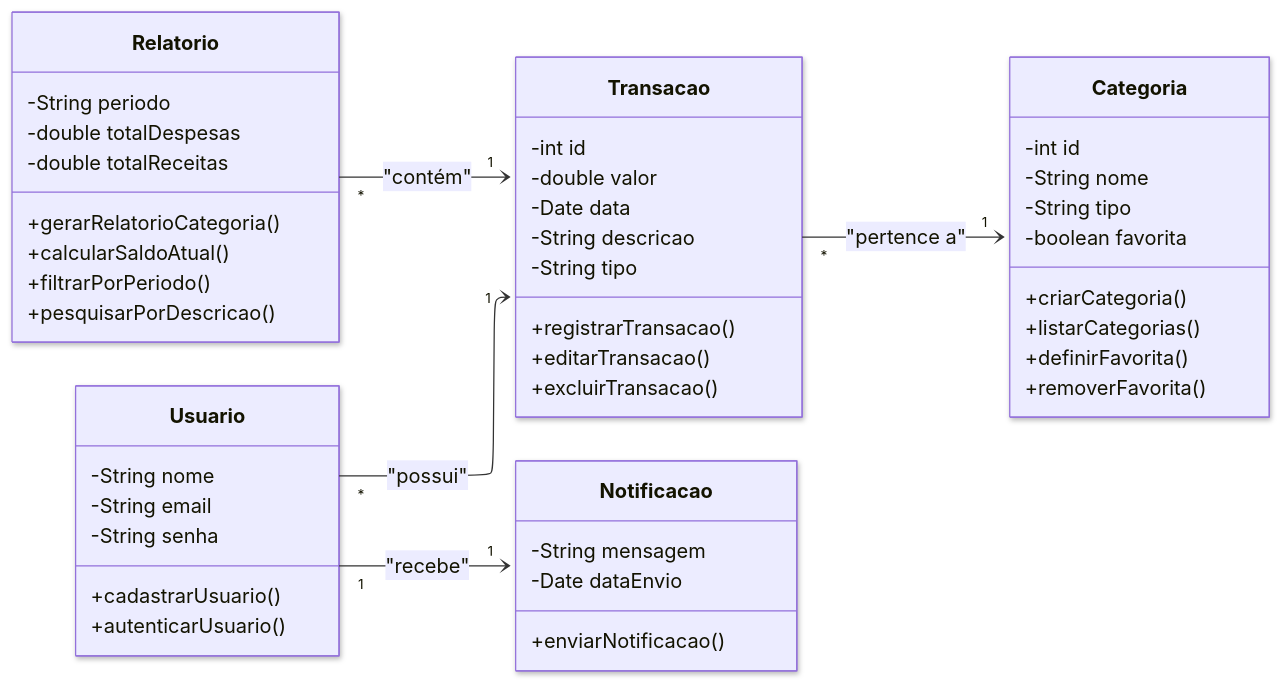
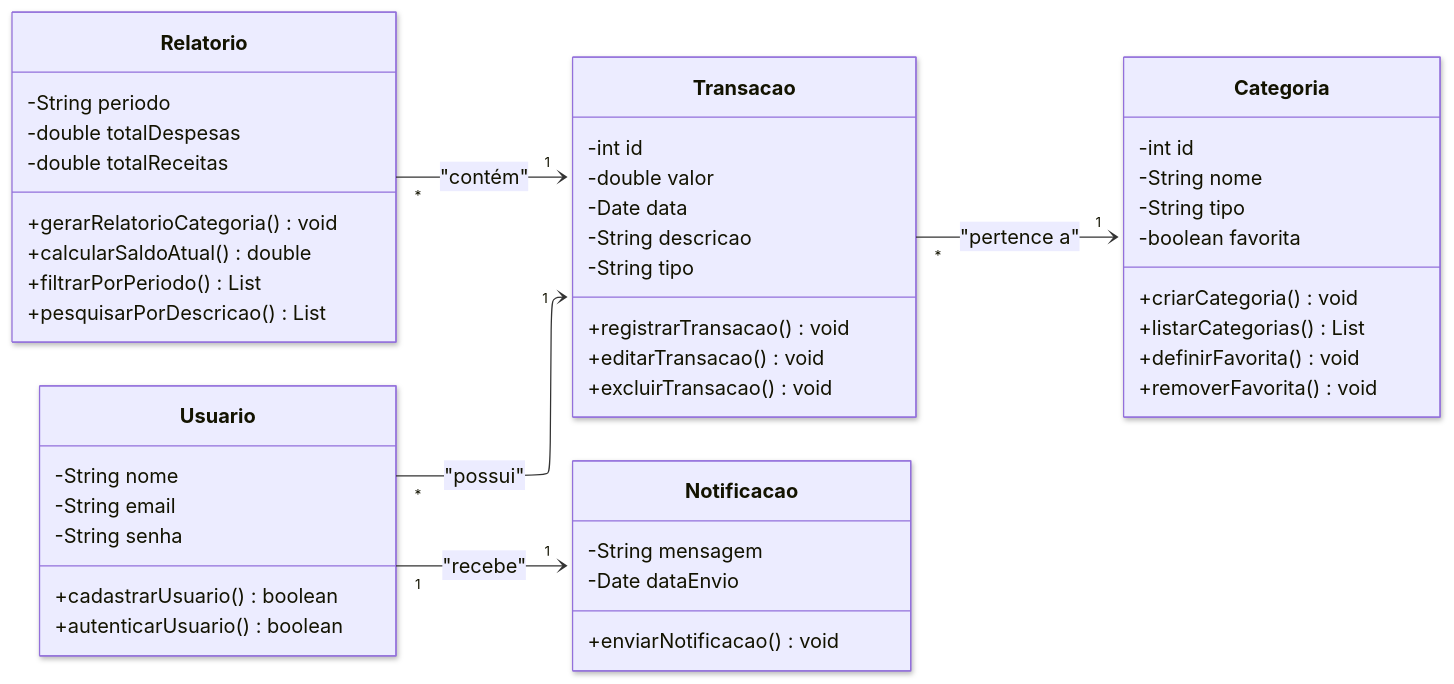
Before and after one commit to jvgfons/FinanceFlow-PDSI-IFSP: the diagram in src/classes.mmd, drawn with Mermaid. The commit also changed 6 other files, not shown here.

```diff
--- a/src/classes.mmd
+++ b/src/classes.mmd
@@ -1,56 +1,58 @@
 ---
 config:
   layout: elk
   look: neo
-  
 ---
 classDiagram
 direction LR
+
     class Relatorio {
         -String periodo
         -double totalDespesas
         -double totalReceitas
-        +gerarRelatorioCategoria()
-        +calcularSaldoAtual()
-        +filtrarPorPeriodo()
-        +pesquisarPorDescricao()
+        +gerarRelatorioCategoria()void
+        +calcularSaldoAtual()double
+        +filtrarPorPeriodo()List<Transacao>
+        +pesquisarPorDescricao()List<Transacao>
     }
+
     class Usuario {
-	    -String nome
-	    -String email
-	    -String senha
-	    +cadastrarUsuario()
-	    +autenticarUsuario()
+        -String nome
+        -String email
+        -String senha
+        +cadastrarUsuario()boolean
+        +autenticarUsuario()boolean
     }
+
     class Transacao {
-	    -int id
-	    -double valor
-	    -Date data
-	    -String descricao
-	    -String tipo
-	    +registrarTransacao()
-	    +editarTransacao()
-	    +excluirTransacao()
+        -int id
+        -double valor
+        -Date data
+        -String descricao
+        -String tipo
+        +registrarTransacao()void
+        +editarTransacao()void
+        +excluirTransacao()void
     }
+
     class Categoria {
         -int id
         -String nome
         -String tipo
         -boolean favorita
-        +criarCategoria()
-        +listarCategorias()
-        +definirFavorita()
-        +removerFavorita()
-    }
-    class Notificacao {
-	    -String mensagem
-	    -Date dataEnvio
-	    +enviarNotificacao()
+        +criarCategoria()void
+        +listarCategorias()List<Categoria>
+        +definirFavorita()void
+        +removerFavorita()void
     }
 
-    
+    class Notificacao {
+        -String mensagem
+        -Date dataEnvio
+        +enviarNotificacao()void
+    }
 
     Usuario "*" --> "1" Transacao : "possui"
     Relatorio "*" --> "1" Transacao : "contém"
     Transacao "*" --> "1" Categoria : "pertence a"
     Usuario "1" --> "1" Notificacao : "recebe"
```
